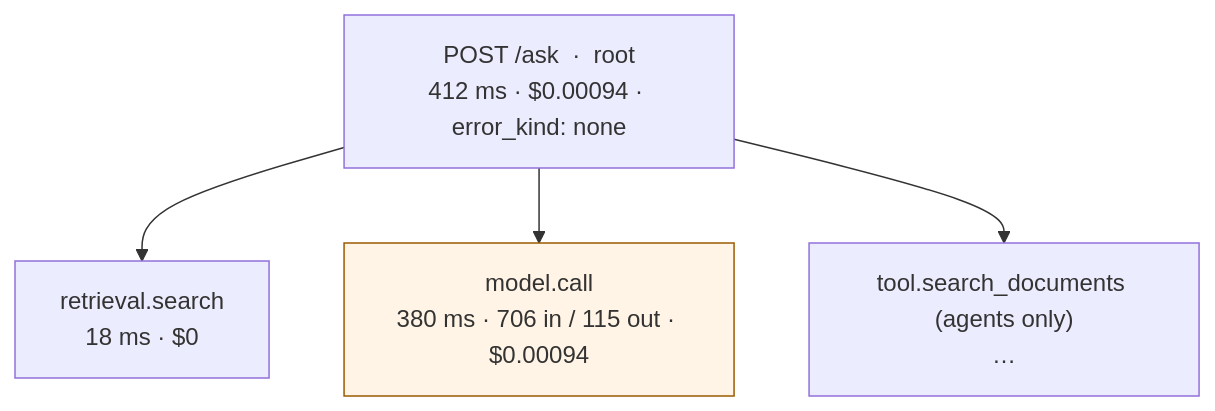
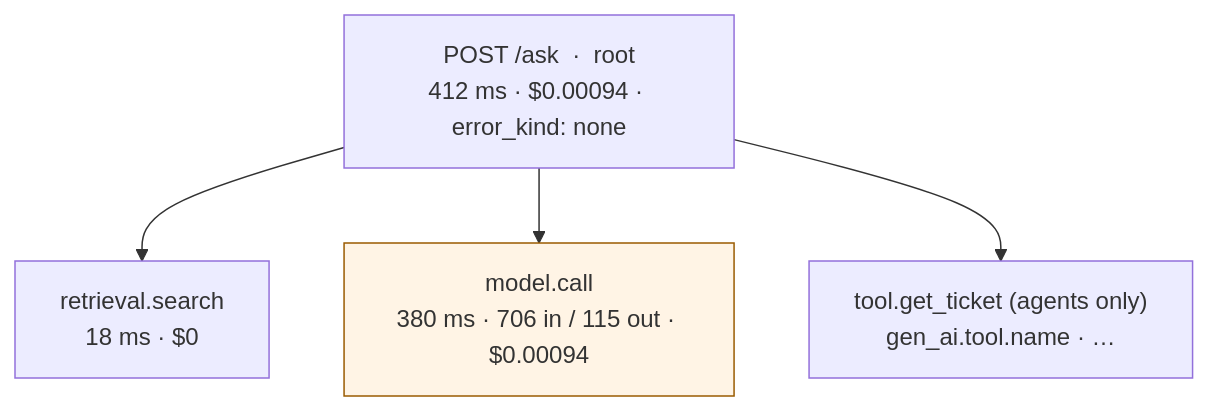
The first of 2 diagrams in weeks/5/CONCEPT.md (anilmodest/ai-eng-track), drawn with Mermaid before and after one commit. The commit also changed 4 other files, not shown here.

First line of the commit message:
v1 leftovers: hub notes, the week 4 quiz and diagram; hidden numbers off the public hub

````diff
--- a/weeks/5/CONCEPT.md
+++ b/weeks/5/CONCEPT.md
@@ -26,8 +26,8 @@
 ```mermaid
 flowchart TD
   R["POST /ask  ·  root<br/>412 ms · $0.00094 · error_kind: none"]
   R --> S["retrieval.search<br/>18 ms · $0"]
   R --> M["model.call<br/>380 ms · 706 in / 115 out · $0.00094"]
-  R --> T["tool.search_documents (agents only)<br/>…"]
+  R --> T["tool.get_ticket (agents only)<br/>gen_ai.tool.name · …"]
   style M fill:#fff4e5,stroke:#9a5b00
 ```
````
